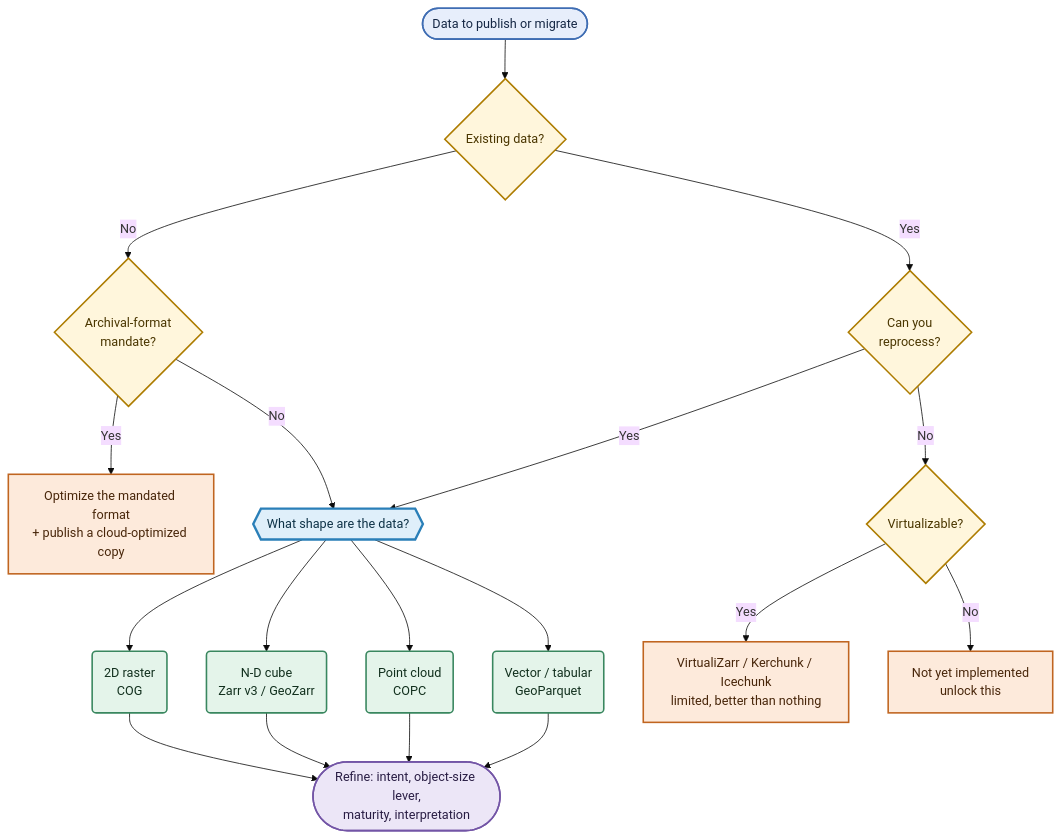
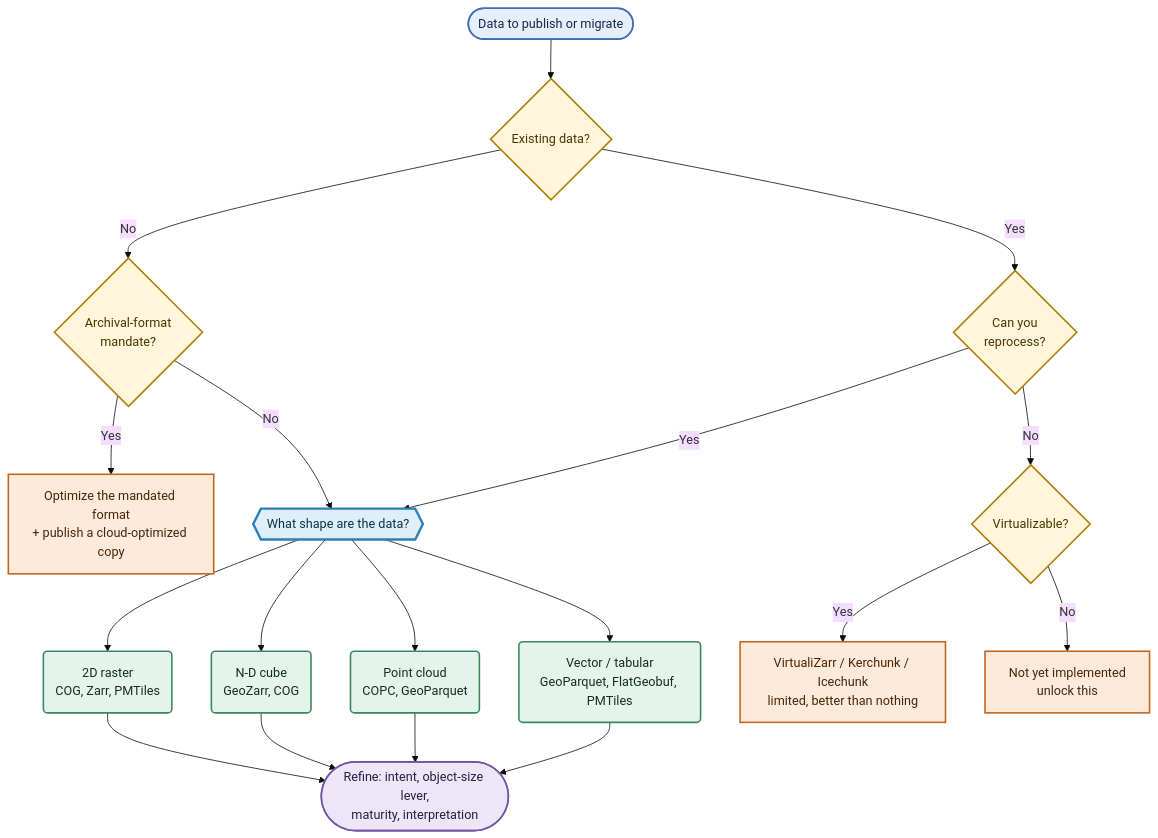
One commit to cloudnativegeo/cloud-optimized-geospatial-formats-guide changed the diagram in decision-framework/index.qmd. Above: the diagram before and after it, drawn with Mermaid (base theme). The commit also changed other lines of this file, not shown here.

Commit message:
Enhance decision framework by expanding format family options for data shapes and clarifying candidate selections for improved guidance on cloud-optimized formats.

````diff
--- a/decision-framework/index.qmd
+++ b/decision-framework/index.qmd
@@ -83,39 +83,39 @@
 ```{mermaid}
 flowchart TD
     A([Data to publish or migrate]) --> B{Existing data?}
 
     B -- No --> C{Archival-format<br/>mandate?}
     C -- Yes --> C1[Optimize the mandated format<br/>+ publish a cloud-optimized copy]
     C -- No --> T{{What shape are the data?}}
 
     B -- Yes --> D{Can you<br/>reprocess?}
     D -- Yes --> T
     D -- No --> E{Virtualizable?}
     E -- Yes --> E1[VirtualiZarr / Kerchunk / Icechunk<br/>limited, better than nothing]
     E -- No --> E2[Not yet implemented<br/>unlock this]
 
-    T --> T1(2D raster<br/>COG)
-    T --> T2(N-D cube<br/>Zarr v3 / GeoZarr)
-    T --> T3(Point cloud<br/>COPC)
-    T --> T4(Vector / tabular<br/>GeoParquet)
+    T --> T1(2D raster<br/>COG, Zarr, PMTiles)
+    T --> T2(N-D cube<br/>GeoZarr, COG)
+    T --> T3(Point cloud<br/>COPC, GeoParquet)
+    T --> T4(Vector / tabular<br/>GeoParquet, FlatGeobuf, PMTiles)
 
     T1 --> R([Refine: intent, object-size lever,<br/>maturity, interpretation])
     T2 --> R
     T3 --> R
     T4 --> R
 
     classDef entry   fill:#e7eefb,stroke:#3f6db3,stroke-width:2px,color:#152744
     classDef ask     fill:#fff6dc,stroke:#ad7c00,stroke-width:2px,color:#4a3600
     classDef hinge   fill:#dfeffa,stroke:#2a7fb8,stroke-width:3px,color:#0e3247
     classDef family  fill:#e4f4ea,stroke:#39875f,stroke-width:2px,color:#12301e
     classDef partial fill:#fdeadb,stroke:#c06520,stroke-width:2px,color:#48260a
     classDef refine  fill:#ece6f7,stroke:#7355a6,stroke-width:2px,color:#291d44
 
     class A entry
     class B,C,D,E ask
     class T hinge
     class T1,T2,T3,T4 family
     class C1,E1,E2 partial
     class R refine
 
 ```
````
